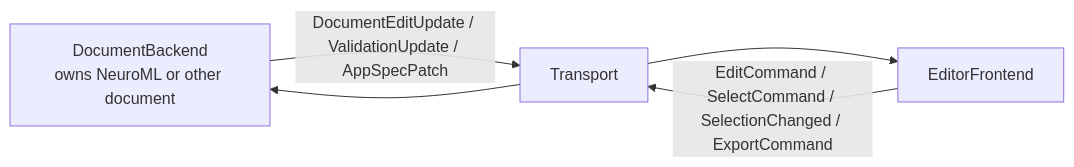
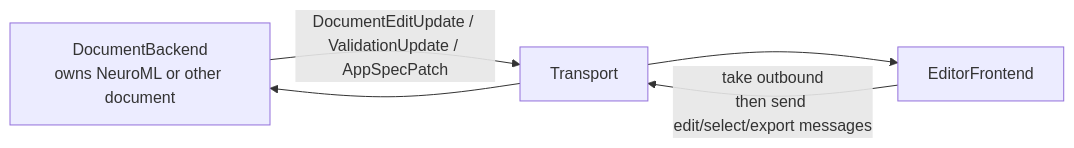
Diagram 18 of 19 in docs/architecture/design/proposals/backend-transport-frontend-proposal.md (orrenravid1/CompartmentalNeuronGUI), drawn with Mermaid before and after one commit. The commit also changed other lines of this file and 6 other files, not shown here.

````diff
--- a/docs/architecture/design/proposals/backend-transport-frontend-proposal.md
+++ b/docs/architecture/design/proposals/backend-transport-frontend-proposal.md
@@ -1208,11 +1470,11 @@
 ```mermaid
 flowchart LR
     DocBackend[DocumentBackend<br/>owns NeuroML or other document]
     Transport[Transport]
     EditorFrontend[EditorFrontend]
 
-    EditorFrontend -->|EditCommand / SelectCommand / SelectionChanged / ExportCommand| Transport
+    EditorFrontend -->|take outbound<br/>then send edit/select/export messages| Transport
     Transport --> DocBackend
     DocBackend -->|DocumentEditUpdate / ValidationUpdate / AppSpecPatch| Transport
     Transport --> EditorFrontend
 ```
````
